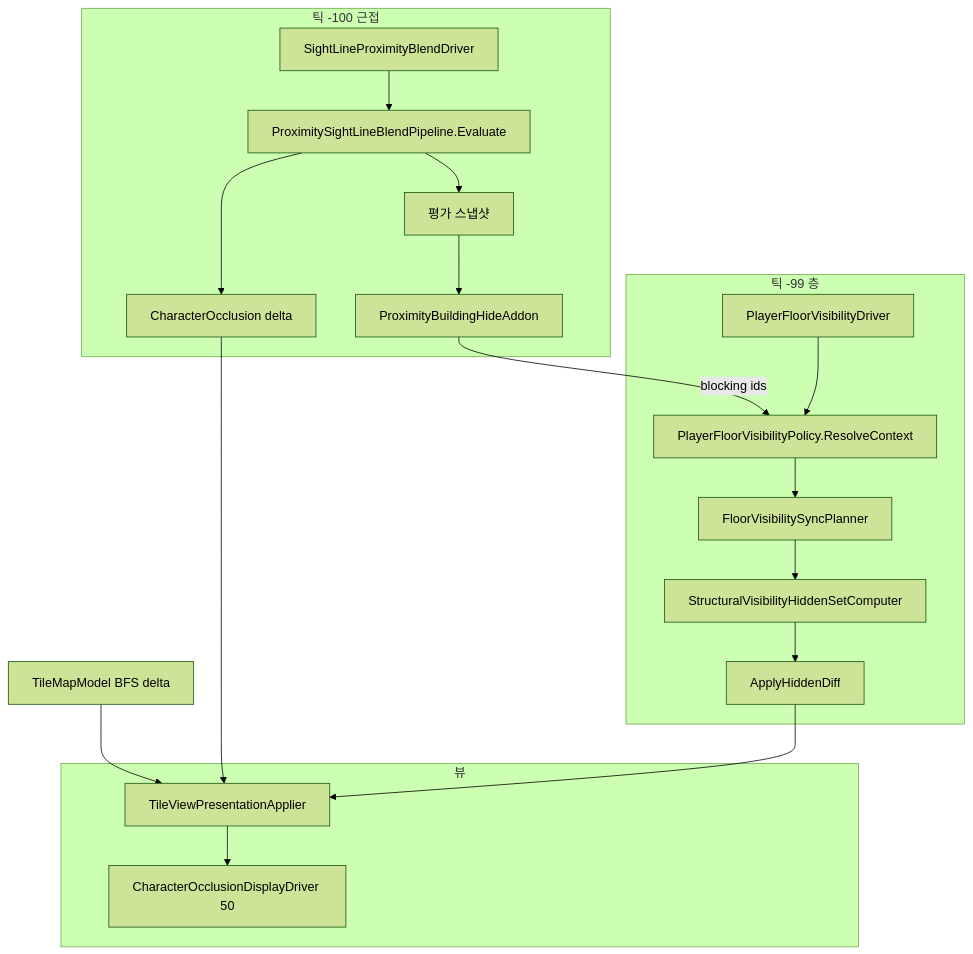
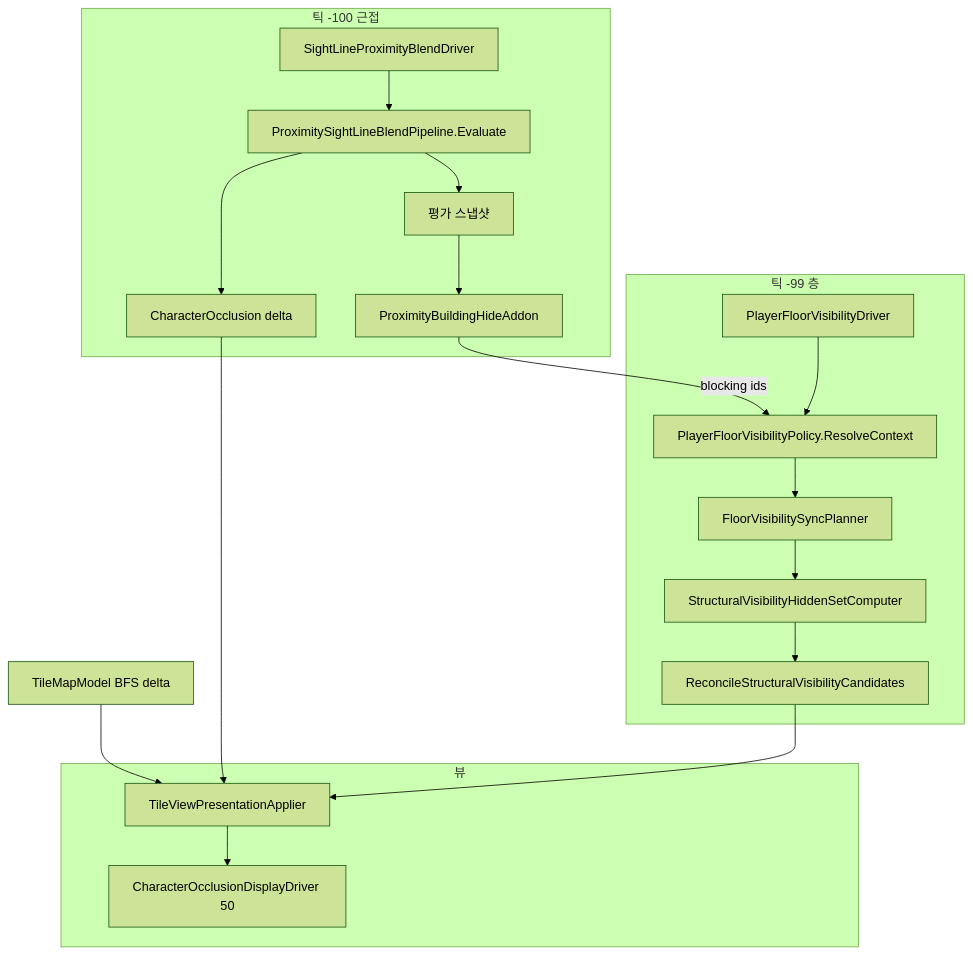
Before and after one commit to garunnir/Project_Pictureless: the fourth of 4 diagrams in Assets/Dist/Scripts/Map/TileMap/TILEMAP_VISIBILITY.md, drawn with Mermaid (forest theme). The commit also changed other lines of this file and 15 other files, not shown here.

````diff
--- a/Assets/Dist/Scripts/Map/TileMap/TILEMAP_VISIBILITY.md
+++ b/Assets/Dist/Scripts/Map/TileMap/TILEMAP_VISIBILITY.md
@@ -227,34 +247,34 @@
 ```mermaid
 flowchart TD
     subgraph prox [틱 -100 근접]
         ProxDriver[SightLineProximityBlendDriver]
         Evaluate[ProximitySightLineBlendPipeline.Evaluate]
         Snapshot[평가 스냅샷]
         Addon[ProximityBuildingHideAddon]
         ProxDelta[CharacterOcclusion delta]
     end
     subgraph floor [틱 -99 층]
         FloorDriver[PlayerFloorVisibilityDriver]
         Policy[PlayerFloorVisibilityPolicy.ResolveContext]
         Planner[FloorVisibilitySyncPlanner]
         Compute[StructuralVisibilityHiddenSetComputer]
-        Diff[ApplyHiddenDiff]
+        Reconcile[ReconcileStructuralVisibilityCandidates]
     end
     subgraph view [뷰]
         Applier[TileViewPresentationApplier]
         Display[CharacterOcclusionDisplayDriver 50]
     end
     Bfs[TileMapModel BFS delta] --> Applier
     ProxDriver --> Evaluate
     Evaluate --> Snapshot
     Evaluate --> ProxDelta
     Snapshot --> Addon
     Addon -->|blocking ids| Policy
     ProxDelta --> Applier
     FloorDriver --> Policy
     Policy --> Planner
     Planner --> Compute
-    Compute --> Diff
-    Diff --> Applier
+    Compute --> Reconcile
+    Reconcile --> Applier
     Applier --> Display
 ```
````
